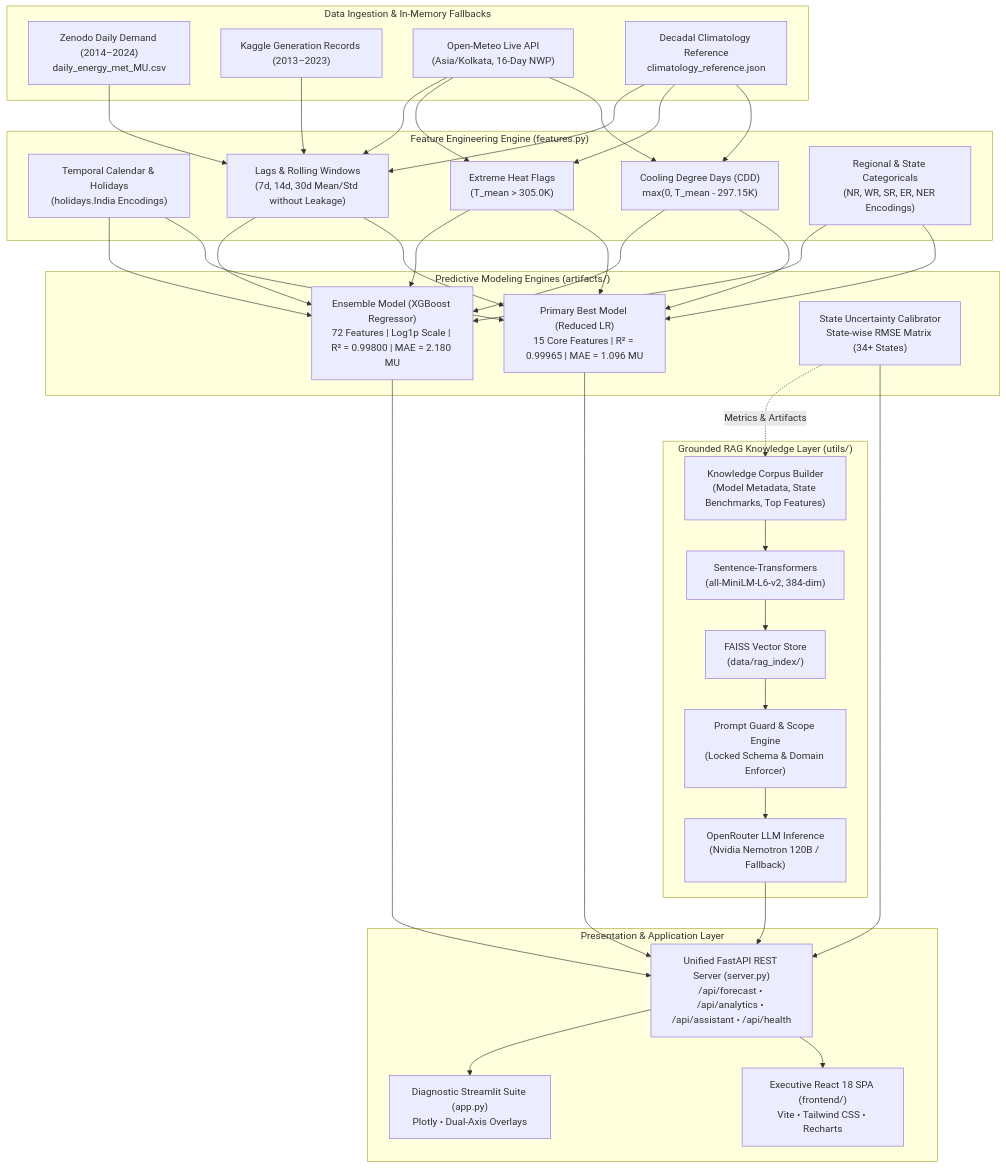
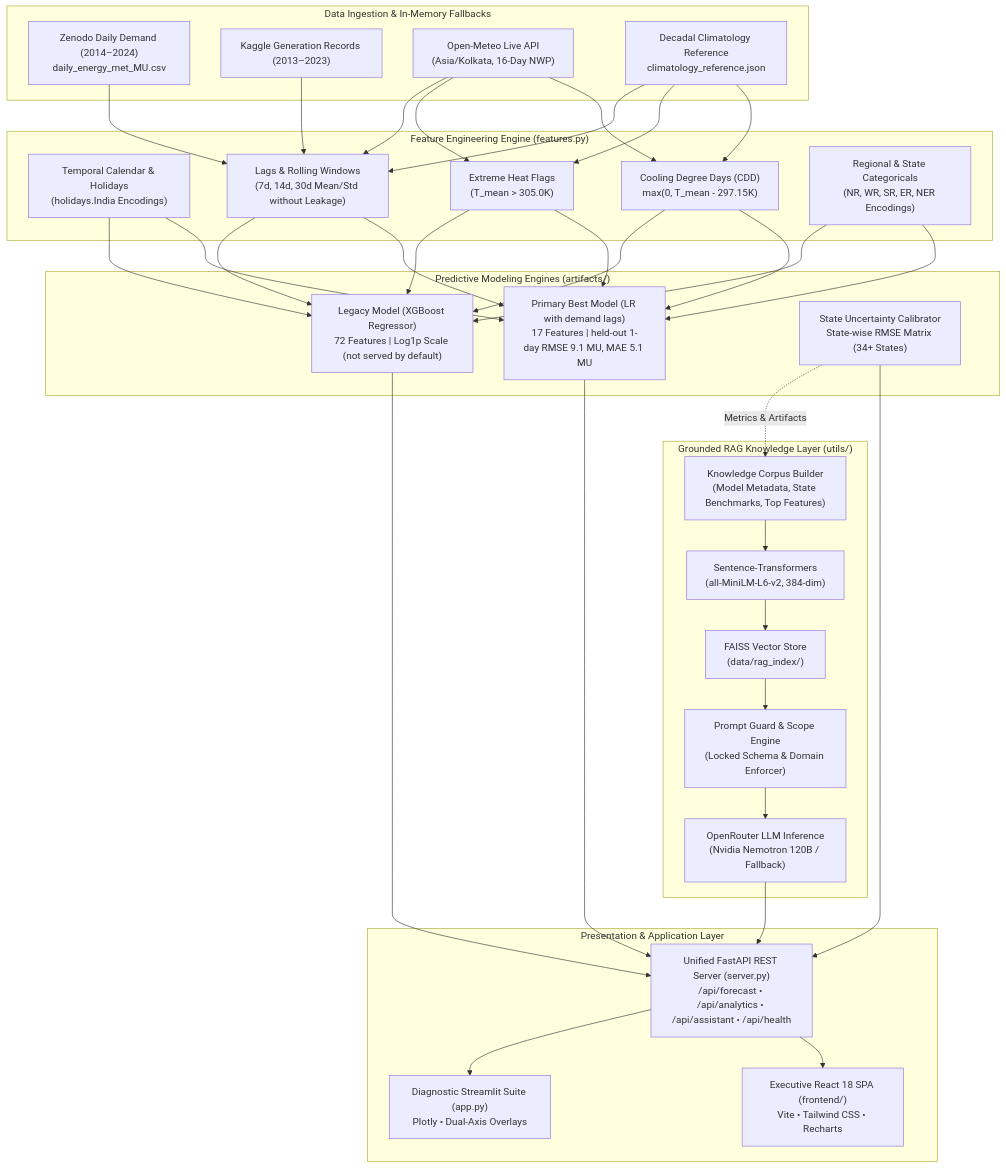
The first of 2 diagrams in README.md (Riwan000/Loadly), drawn with Mermaid before and after one commit. The commit also changed other lines of this file and 63 other files, not shown here.

````diff
--- a/README.md
+++ b/README.md
@@ -54,46 +54,46 @@
 ```mermaid
 flowchart TD
     subgraph S1["Data Ingestion & In-Memory Fallbacks"]
         A1["Zenodo Daily Demand (2014–2024)\ndaily_energy_met_MU.csv"]
         A2["Kaggle Generation Records (2013–2023)"]
         A3["Open-Meteo Live API\n(Asia/Kolkata, 16-Day NWP)"]
         A4["Decadal Climatology Reference\nclimatology_reference.json"]
     end
 
     subgraph S2["Feature Engineering Engine (features.py)"]
         B1["Temporal Calendar & Holidays\n(holidays.India Encodings)"]
         B2["Cooling Degree Days (CDD)\nmax(0, T_mean - 297.15K)"]
         B3["Extreme Heat Flags\n(T_mean > 305.0K)"]
         B4["Lags & Rolling Windows\n(7d, 14d, 30d Mean/Std without Leakage)"]
         B5["Regional & State Categoricals\n(NR, WR, SR, ER, NER Encodings)"]
     end
 
     subgraph S3["Predictive Modeling Engines (artifacts/)"]
-        C1["Primary Best Model (Reduced LR)\n15 Core Features | R² = 0.99965 | MAE = 1.096 MU"]
-        C2["Ensemble Model (XGBoost Regressor)\n72 Features | Log1p Scale | R² = 0.99800 | MAE = 2.180 MU"]
+        C1["Primary Best Model (LR with demand lags)\n17 Features | held-out 1-day RMSE 9.1 MU, MAE 5.1 MU"]
+        C2["Legacy Model (XGBoost Regressor)\n72 Features | Log1p Scale (not served by default)"]
         C3["State Uncertainty Calibrator\nState-wise RMSE Matrix (34+ States)"]
     end
 
     subgraph S4["Grounded RAG Knowledge Layer (utils/)"]
         D1["Knowledge Corpus Builder\n(Model Metadata, State Benchmarks, Top Features)"]
         D2["Sentence-Transformers\n(all-MiniLM-L6-v2, 384-dim)"]
         D3["FAISS Vector Store\n(data/rag_index/)"]
         D4["Prompt Guard & Scope Engine\n(Locked Schema & Domain Enforcer)"]
         D5["OpenRouter LLM Inference\n(Nvidia Nemotron 120B / Fallback)"]
     end
 
     subgraph S5["Presentation & Application Layer"]
         E1["Unified FastAPI REST Server (server.py)\n/api/forecast • /api/analytics • /api/assistant • /api/health"]
         E2["Executive React 18 SPA (frontend/)\nVite • Tailwind CSS • Recharts"]
         E3["Diagnostic Streamlit Suite (app.py)\nPlotly • Dual-Axis Overlays"]
     end
 
     A1 & A2 --> B4
     A3 & A4 --> B2 & B3 & B4
     B1 & B2 & B3 & B4 & B5 --> C1 & C2
     C1 & C2 & C3 --> E1
     C3 -. Metrics & Artifacts .-> D1
     D1 --> D2 --> D3 --> D4 --> D5 --> E1
     E1 --> E2
     E1 --> E3
 ```
````
